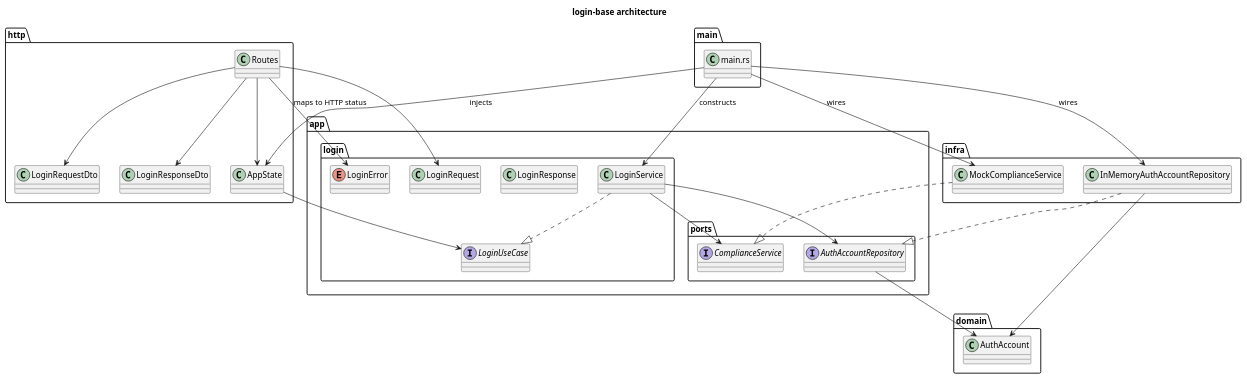
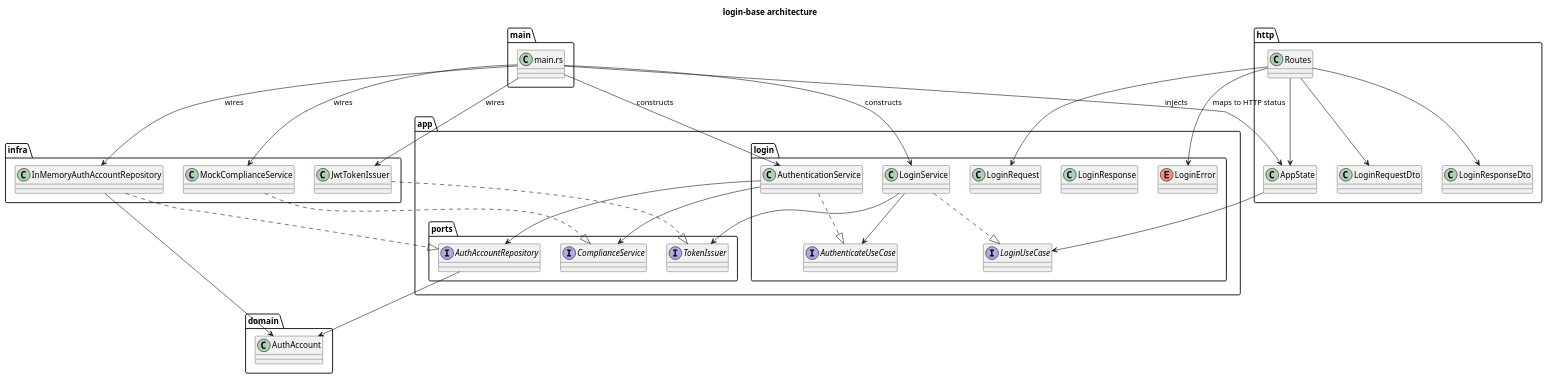
One commit to smileysmiles/login-base changed the diagram in docs/architecture.puml. Above: the diagram before and after it, drawn with PlantUML. The commit also changed 17 other files, not shown here.

Commit message:
Add JWT issuance to login success path

```diff
--- a/docs/architecture.puml
+++ b/docs/architecture.puml
@@ -1,60 +1,70 @@
 @startuml
 title login-base architecture
 
 package "main" {
   class main_rs as "main.rs"
 }
 
 package "domain" {
   class AuthAccount
 }
 
 package "app" {
   package "ports" {
     interface AuthAccountRepository
     interface ComplianceService
+    interface TokenIssuer
   }
 
   package "login" {
     class LoginRequest
     class LoginResponse
     enum LoginError
+    interface AuthenticateUseCase
+    class AuthenticationService
     interface LoginUseCase
     class LoginService
   }
 }
 
 package "infra" {
   class InMemoryAuthAccountRepository
+  class JwtTokenIssuer
   class MockComplianceService
 }
 
 package "http" {
   class LoginRequestDto
   class LoginResponseDto
   class AppState
   class Routes
 }
 
 main_rs --> LoginService : constructs
+main_rs --> AuthenticationService : constructs
 main_rs --> InMemoryAuthAccountRepository : wires
+main_rs --> JwtTokenIssuer : wires
 main_rs --> MockComplianceService : wires
 main_rs --> AppState : injects
 
+AuthenticationService ..|> AuthenticateUseCase
 LoginService ..|> LoginUseCase
-LoginService --> AuthAccountRepository
-LoginService --> ComplianceService
+LoginService --> AuthenticateUseCase
+LoginService --> TokenIssuer
+AuthenticationService --> AuthAccountRepository
+AuthenticationService --> ComplianceService
 AuthAccountRepository --> AuthAccount
 
 InMemoryAuthAccountRepository ..|> AuthAccountRepository
 InMemoryAuthAccountRepository --> AuthAccount
+JwtTokenIssuer ..|> TokenIssuer
 MockComplianceService ..|> ComplianceService
 
 Routes --> AppState
 AppState --> LoginUseCase
 Routes --> LoginRequestDto
 Routes --> LoginResponseDto
 Routes --> LoginRequest
 Routes --> LoginError : maps to HTTP status
 
 @enduml
```
